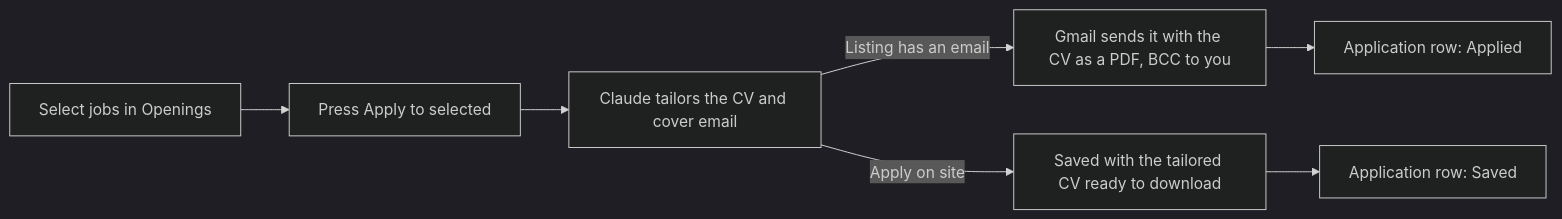
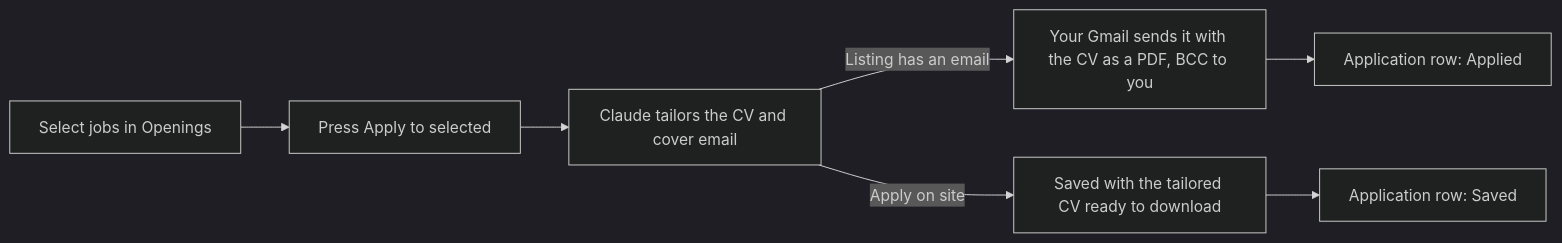
One commit to jmdmacapagal/job-finder changed the diagram in docs/applying.md. Above: the diagram before and after it, drawn with Mermaid (dark theme). The commit also changed other lines of this file and 19 other files, not shown here.

````diff
--- a/docs/applying.md
+++ b/docs/applying.md
@@ -7,9 +7,9 @@
 ```mermaid
 flowchart LR
   T[Select jobs in Openings] --> B[Press Apply to selected]
   B --> C[Claude tailors the CV and cover email]
-  C -->|Listing has an email| G[Gmail sends it with the CV as a PDF, BCC to you]
+  C -->|Listing has an email| G[Your Gmail sends it with the CV as a PDF, BCC to you]
   C -->|Apply on site| S[Saved with the tailored CV ready to download]
   G --> A[Application row: Applied]
   S --> A2[Application row: Saved]
 ```
````
